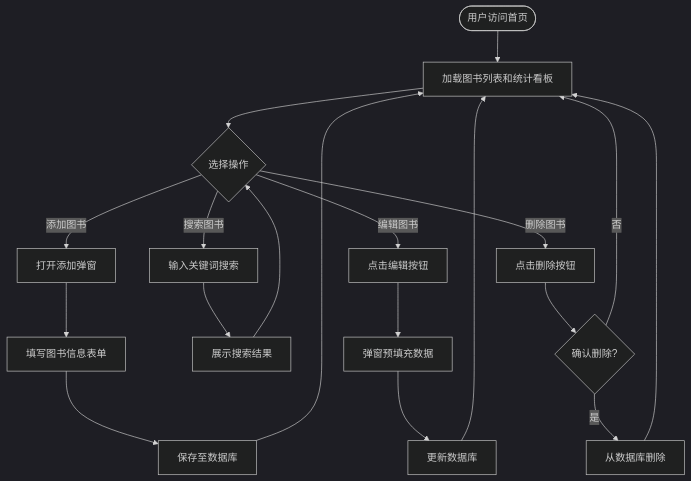
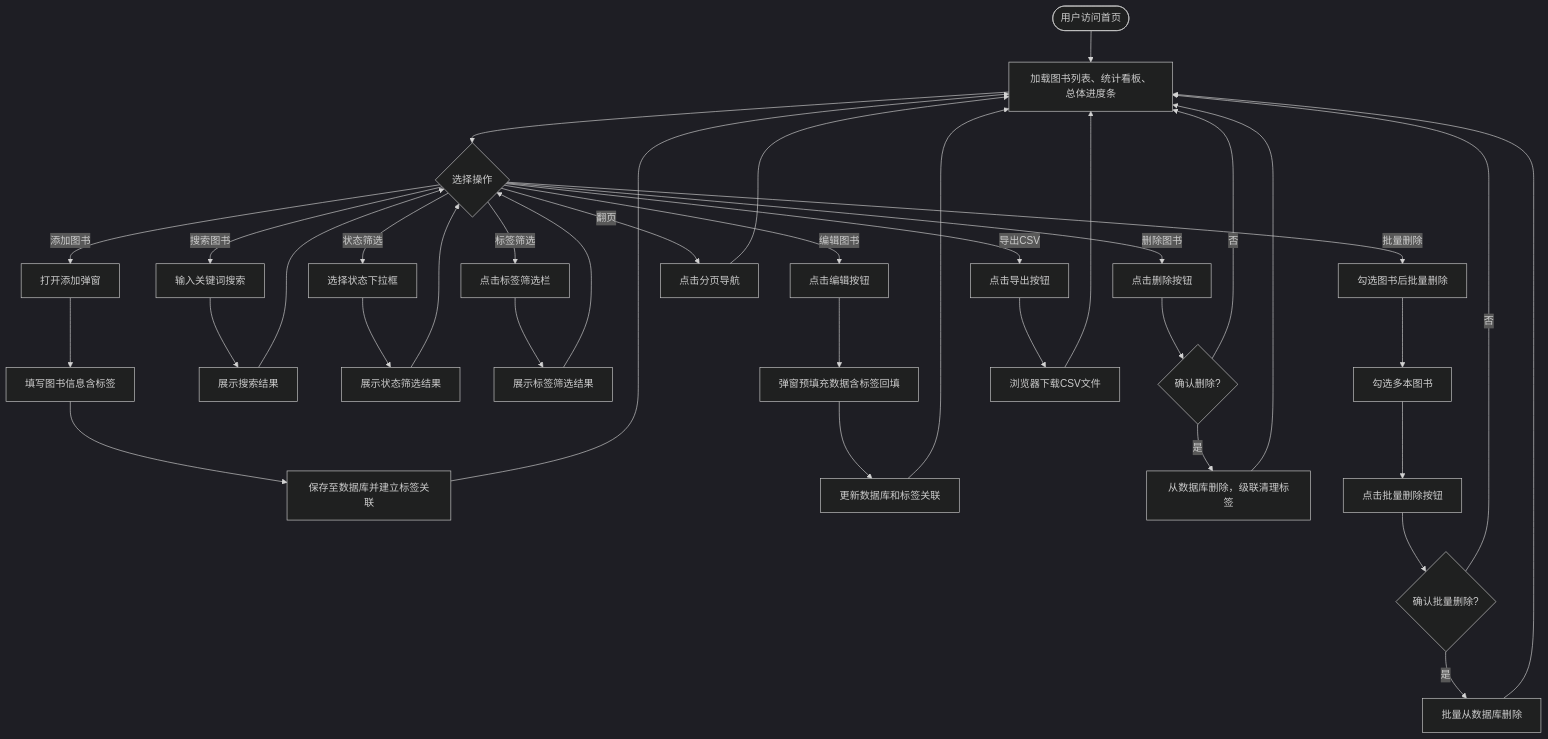
The first of 12 diagrams in docs/requirements/业务流程图.md (immortal-water/iw_book_manager), drawn with Mermaid (dark theme) before and after one commit. The commit also changed other lines of this file and 4 other files, not shown here.

````diff
--- a/docs/requirements/业务流程图.md
+++ b/docs/requirements/业务流程图.md
@@ -14,26 +14,49 @@
 ```mermaid
 flowchart TD
-    Start([用户访问首页]) --> Load[加载图书列表和统计看板]
+    Start([用户访问首页]) --> Load[加载图书列表、统计看板、总体进度条]
     Load --> Choose{选择操作}
     
     Choose -->|添加图书| Add[打开添加弹窗]
     Choose -->|搜索图书| Search[输入关键词搜索]
+    Choose -->|状态筛选| Filter[选择状态下拉框]
+    Choose -->|标签筛选| TagFilter[点击标签筛选栏]
     Choose -->|编辑图书| Edit[点击编辑按钮]
     Choose -->|删除图书| Delete[点击删除按钮]
+    Choose -->|批量删除| Batch[勾选图书后批量删除]
+    Choose -->|导出CSV| Export[点击导出按钮]
+    Choose -->|翻页| Page[点击分页导航]
     
-    Add --> FillForm[填写图书信息表单]
-    FillForm --> SaveAdd[保存至数据库]
+    Add --> FillForm[填写图书信息含标签]
+    FillForm --> SaveAdd[保存至数据库并建立标签关联]
     SaveAdd --> Load
     
     Search --> ShowResult[展示搜索结果]
     ShowResult --> Choose
     
-    Edit --> PrefillForm[弹窗预填充数据]
-    PrefillForm --> SaveEdit[更新数据库]
+    Filter --> FilterResult[展示状态筛选结果]
+    FilterResult --> Choose
+    
+    TagFilter --> TagResult[展示标签筛选结果]
+    TagResult --> Choose
+    
+    Edit --> PrefillForm[弹窗预填充数据含标签回填]
+    PrefillForm --> SaveEdit[更新数据库和标签关联]
     SaveEdit --> Load
     
     Delete --> Confirm{确认删除?}
-    Confirm -->|是| DelDB[从数据库删除]
+    Confirm -->|是| DelDB[从数据库删除，级联清理标签]
     Confirm -->|否| Load
     DelDB --> Load
+    
+    Batch --> SelectBooks[勾选多本图书]
+    SelectBooks --> BatchDelete[点击批量删除按钮]
+    BatchDelete --> BatchConfirm{确认批量删除?}
+    BatchConfirm -->|是| BatchDelDB[批量从数据库删除]
+    BatchConfirm -->|否| Load
+    BatchDelDB --> Load
+    
+    Export --> Download[浏览器下载CSV文件]
+    Download --> Load
+    
+    Page --> Load
 ```
````
